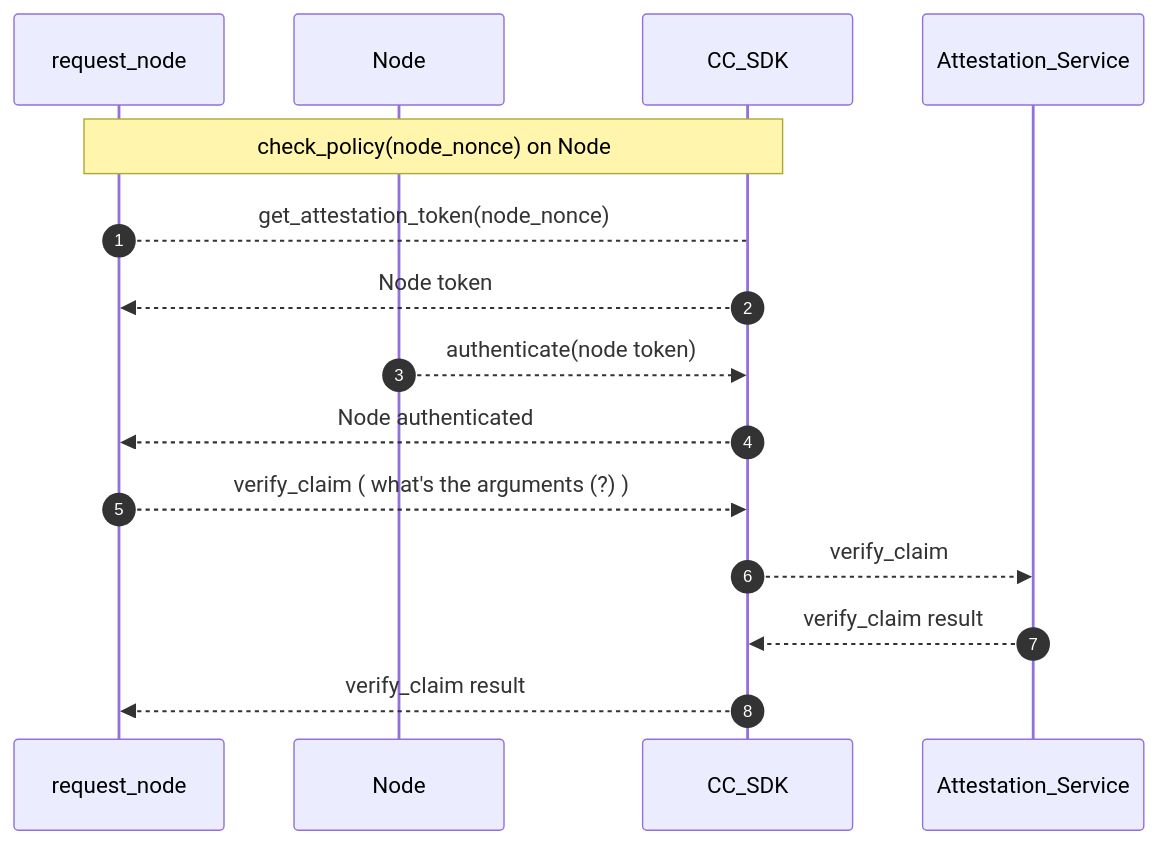
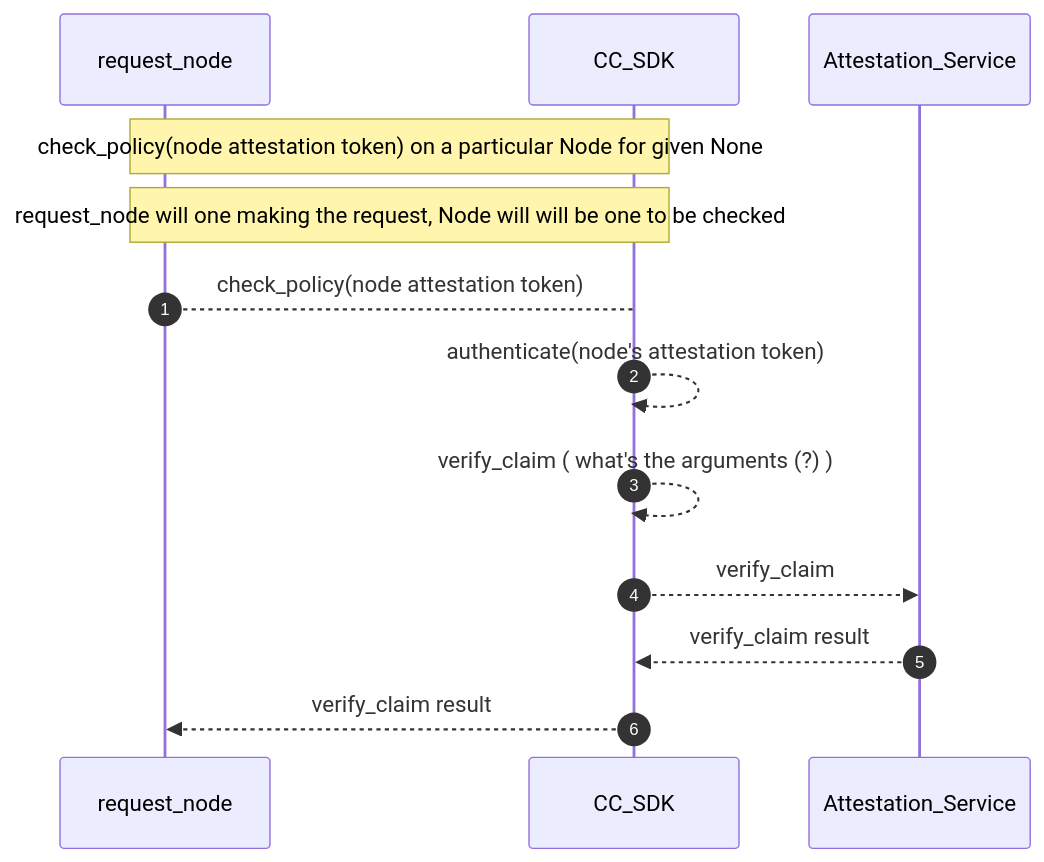
Before and after one commit to hitesh-ag1/NVFlare: the sixth of 10 diagrams in docs/confidential_computing/detailed_cc_sequence_diagram.md, drawn with Mermaid. The commit also changed other lines of this file, not shown here.

Commit message:
Sequence diagram for CC

````diff
--- a/docs/confidential_computing/detailed_cc_sequence_diagram.md
+++ b/docs/confidential_computing/detailed_cc_sequence_diagram.md
@@ -141,20 +141,17 @@
 ```mermaid
 sequenceDiagram
    autonumber
     
     participant request_node
-    participant Node
     participant CC_SDK
     participant Attestation_Service
         
-    Note over request_node, CC_SDK: check_policy(node_nonce) on Node
-    request_node --> CC_SDK : get_attestation_token(node_nonce)
-    CC_SDK -->> request_node : Node token
-    Node -->> CC_SDK:  authenticate(node token)  
-    CC_SDK -->> request_node : Node authenticated
-     
-    request_node -->>  CC_SDK: verify_claim  ( what's the arguments (?) )
+    Note over request_node, CC_SDK: check_policy(node attestation token) on a particular Node for given None
+    Note over request_node, CC_SDK: request_node will one making the request, Node will will be one to be checked 
+    request_node --> CC_SDK : check_policy(node attestation token)
+    CC_SDK -->> CC_SDK:  authenticate(node's attestation token)
+    CC_SDK -->>  CC_SDK: verify_claim  ( what's the arguments (?) )
     CC_SDK -->> Attestation_Service : verify_claim
     Attestation_Service -->> CC_SDK : verify_claim result
     CC_SDK -->> request_node : verify_claim result
 ```
````
